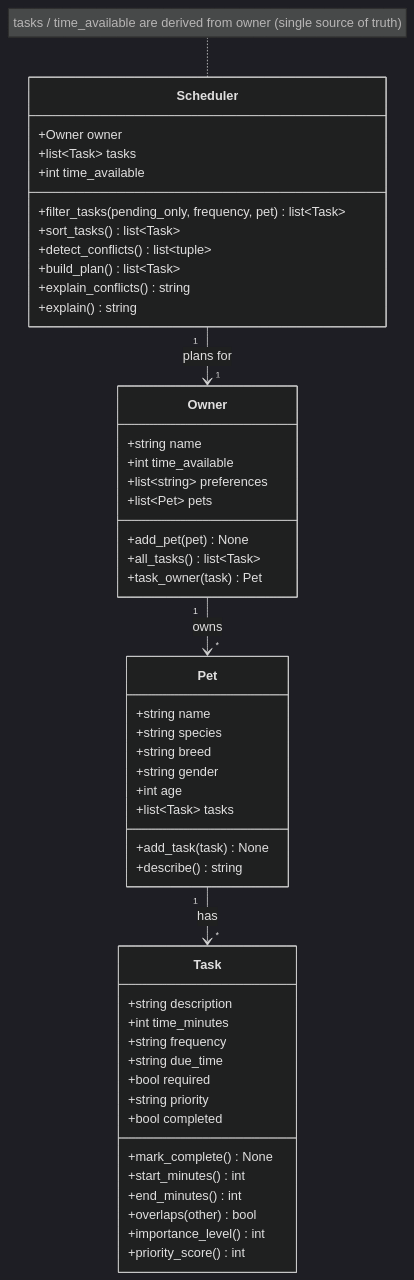
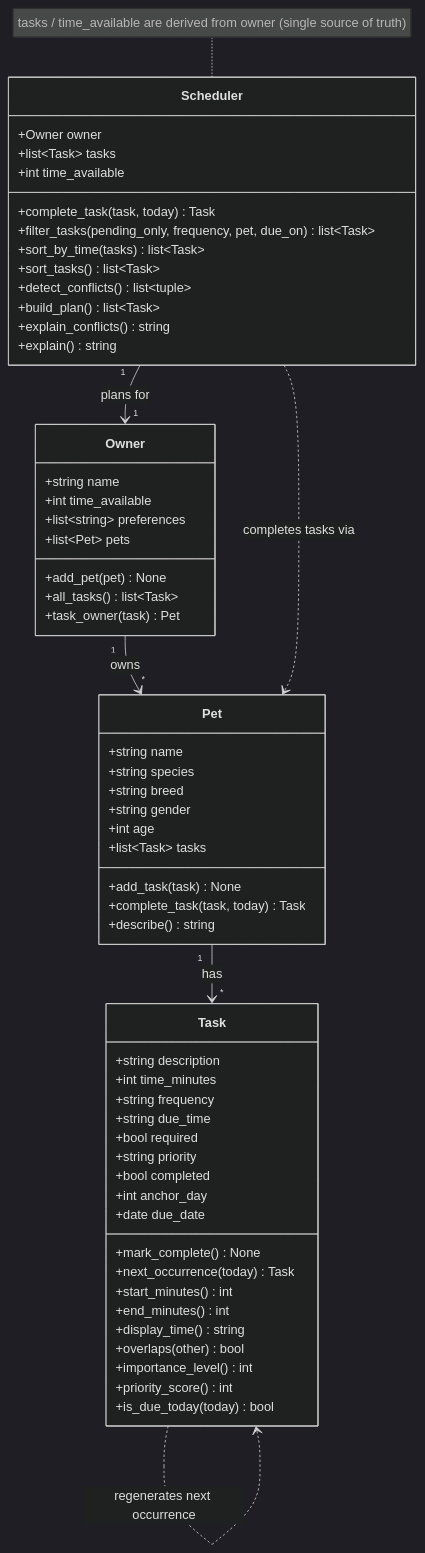
The diagram in diagrams/uml.mmd (lloanim/ai110-module2show-pawpal-starter), drawn with Mermaid (dark theme) before and after one commit. The commit also changed 4 other files, not shown here.

```diff
--- a/diagrams/uml.mmd
+++ b/diagrams/uml.mmd
@@ -1,56 +1,66 @@
 classDiagram
     %% PawPal+ class design. Keep this file updated so it matches your final implementation.
 
     class Owner {
         +string name
         +int time_available
         +list~string~ preferences
         +list~Pet~ pets
         +add_pet(pet) None
         +all_tasks() list~Task~
         +task_owner(task) Pet
     }
 
     class Pet {
         +string name
         +string species
         +string breed
         +string gender
         +int age
         +list~Task~ tasks
         +add_task(task) None
+        +complete_task(task, today) Task
         +describe() string
     }
 
     class Task {
         +string description
         +int time_minutes
         +string frequency
         +string due_time
         +bool required
         +string priority
         +bool completed
+        +int anchor_day
+        +date due_date
         +mark_complete() None
+        +next_occurrence(today) Task
         +start_minutes() int
         +end_minutes() int
+        +display_time() string
         +overlaps(other) bool
         +importance_level() int
         +priority_score() int
+        +is_due_today(today) bool
     }
 
     class Scheduler {
         +Owner owner
         +list~Task~ tasks
         +int time_available
-        +filter_tasks(pending_only, frequency, pet) list~Task~
+        +complete_task(task, today) Task
+        +filter_tasks(pending_only, frequency, pet, due_on) list~Task~
+        +sort_by_time(tasks) list~Task~
         +sort_tasks() list~Task~
         +detect_conflicts() list~tuple~
         +build_plan() list~Task~
         +explain_conflicts() string
         +explain() string
     }
 
     Owner "1" --> "*" Pet : owns
     Pet "1" --> "*" Task : has
     Scheduler "1" --> "1" Owner : plans for
+    Scheduler ..> Pet : completes tasks via
+    Task ..> Task : regenerates next occurrence
     note for Scheduler "tasks / time_available are derived from owner (single source of truth)"
```
